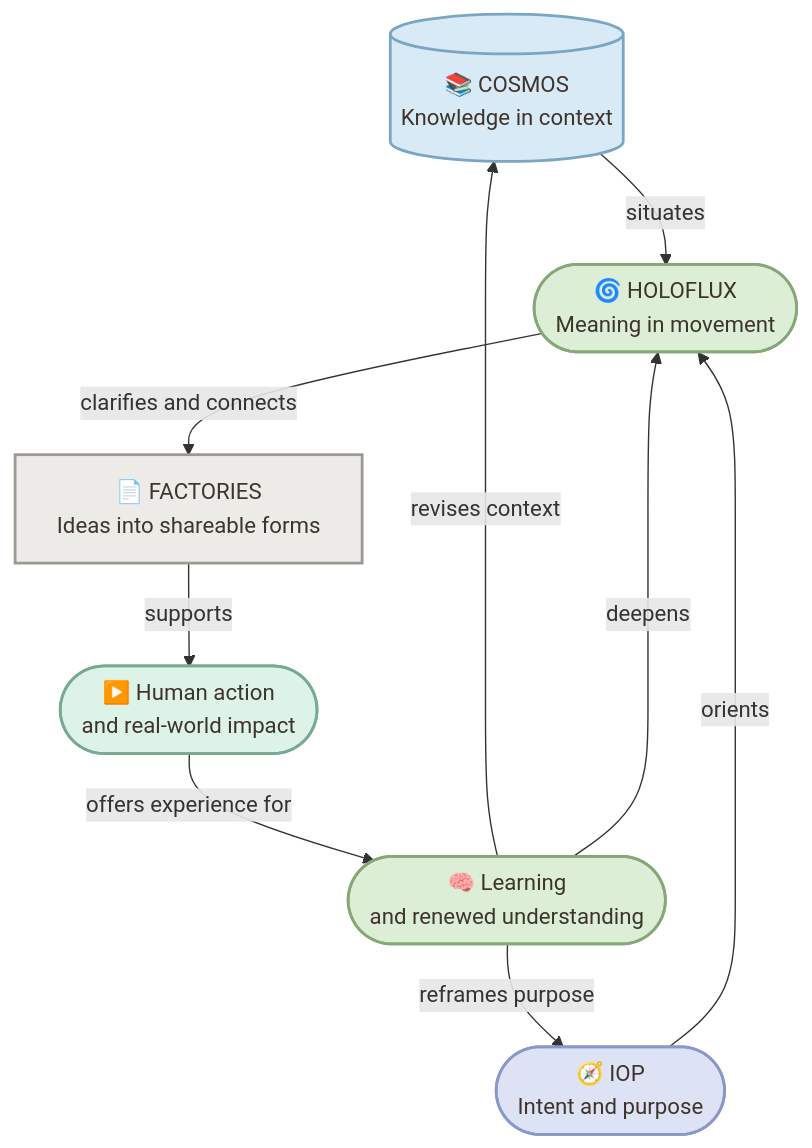
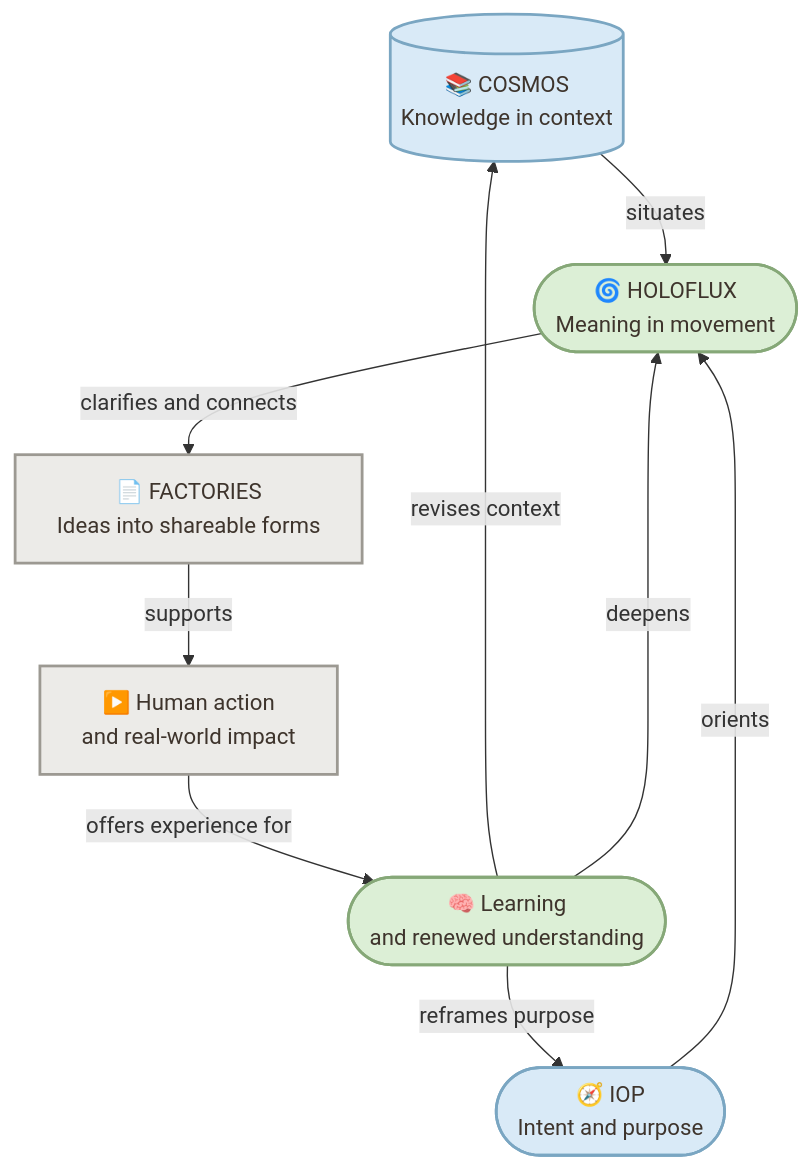
Before and after one commit to enogrob/project-holoflux: the first of 2 diagrams in README.md, drawn with Mermaid. The commit also changed other lines of this file, not shown here.

````diff
--- a/README.md
+++ b/README.md
@@ -46,24 +46,23 @@
 ```mermaid
 flowchart TD
 	C[(📚 COSMOS<br/>Knowledge in context)]:::context
-	I([🧭 IOP<br/>Intent and purpose]):::orientation
+	I([🧭 IOP<br/>Intent and purpose]):::context
 	H([🌀 HOLOFLUX<br/>Meaning in movement]):::understanding
 	F[📄 FACTORIES<br/>Ideas into shareable forms]:::projection
-	A([▶️ Human action<br/>and real-world impact]):::observation
+	A[▶️ Human action<br/>and real-world impact]:::projection
 	L([🧠 Learning<br/>and renewed understanding]):::understanding
 
 	C -->|situates| H
 	I -->|orients| H
 	H -->|clarifies and connects| F
 	F -->|supports| A
 	A -->|offers experience for| L
 	L -->|revises context| C
 	L -->|reframes purpose| I
 	L -->|deepens| H
 
 	classDef context fill:#D9EAF7,stroke:#7AA6C2,color:#3E342C,stroke-width:2px;
-	classDef orientation fill:#DDE3F4,stroke:#8998C8,color:#3E342C,stroke-width:2px;
 	classDef understanding fill:#DCEFD6,stroke:#86A878,color:#3E342C,stroke-width:2px;
 	classDef projection fill:#ECEBE8,stroke:#9C9992,color:#3E342C,stroke-width:2px;
 	classDef observation fill:#DDF3E8,stroke:#78AA91,color:#3E342C,stroke-width:2px;
 ```
````
